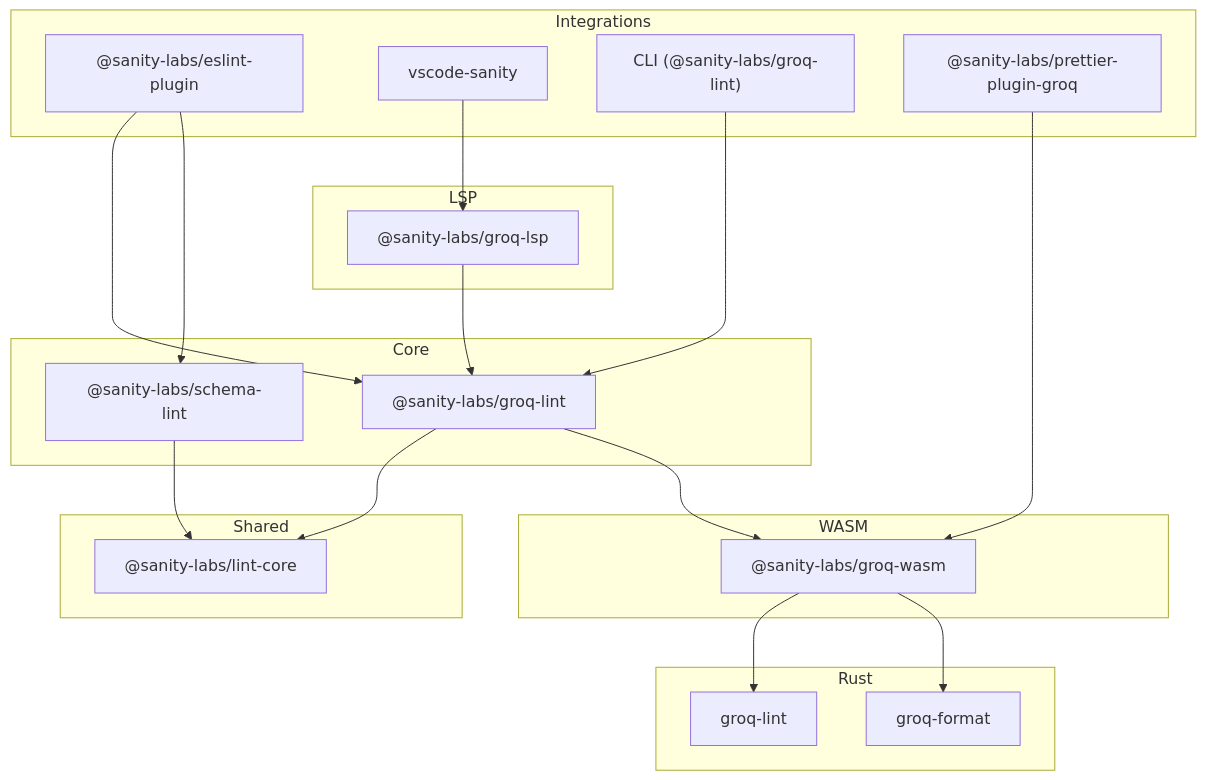
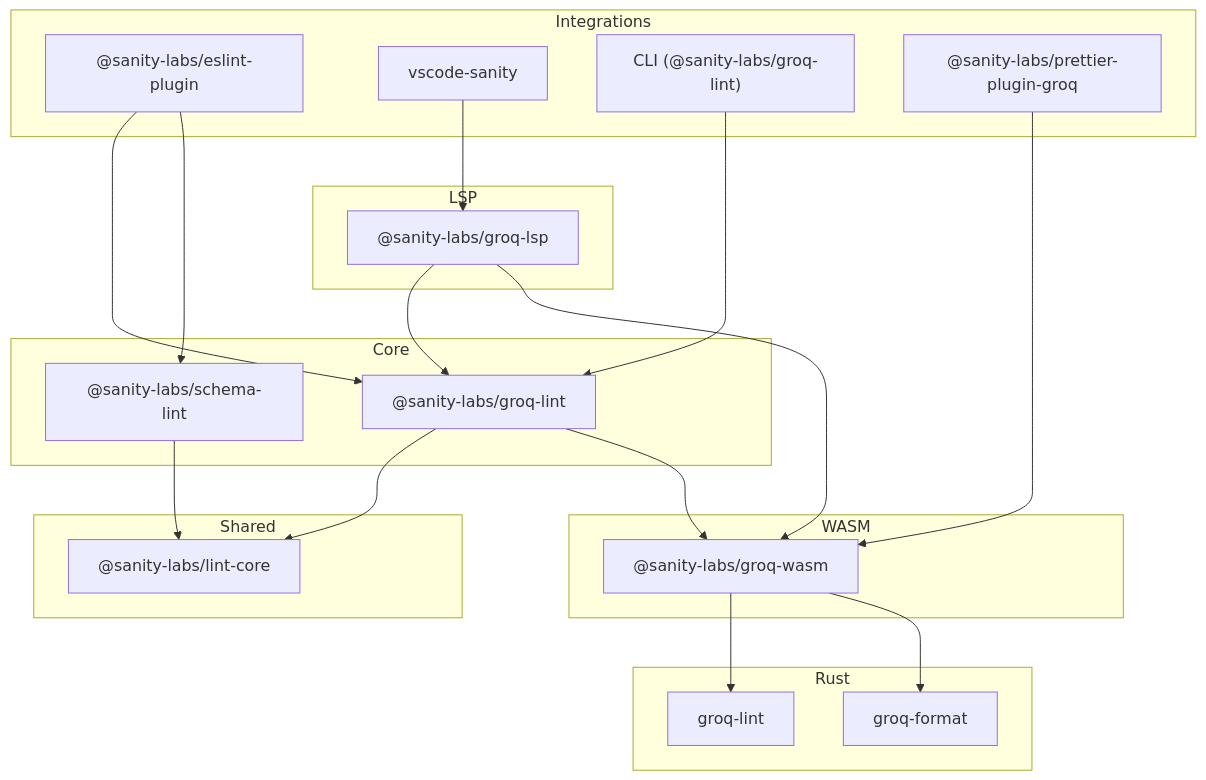
One commit to sanity-labs/sanity-lint changed the diagram in README.md. Above: the diagram before and after it, drawn with Mermaid. The commit also changed other lines of this file and 10 other files, not shown here.

First line of the commit message:
fix(groq-lsp): format with groq-wasm and honor tab size and tabs (#113)

````diff
--- a/README.md
+++ b/README.md
@@ -143,46 +143,47 @@
 ```mermaid
 flowchart TB
     subgraph Integrations
         eslint["@sanity-labs/eslint-plugin"]
         vscode[vscode-sanity]
         cli["CLI (@sanity-labs/groq-lint)"]
         prettier["@sanity-labs/prettier-plugin-groq"]
     end
 
     subgraph LSP
         lsp["@sanity-labs/groq-lsp"]
     end
 
     subgraph Core
         groqlint["@sanity-labs/groq-lint"]
         schemalint["@sanity-labs/schema-lint"]
     end
 
     subgraph Shared
         core["@sanity-labs/lint-core"]
     end
 
     subgraph WASM
         wasm["@sanity-labs/groq-wasm"]
     end
 
     subgraph Rust
         rustlint[groq-lint]
         rustfmt[groq-format]
     end
 
     eslint --> groqlint
     eslint --> schemalint
     vscode --> lsp
     cli --> groqlint
     prettier --> wasm
 
     lsp --> groqlint
+    lsp --> wasm
 
     groqlint --> core
     schemalint --> core
     groqlint --> wasm
 
     wasm --> rustlint
     wasm --> rustfmt
 ```
````
